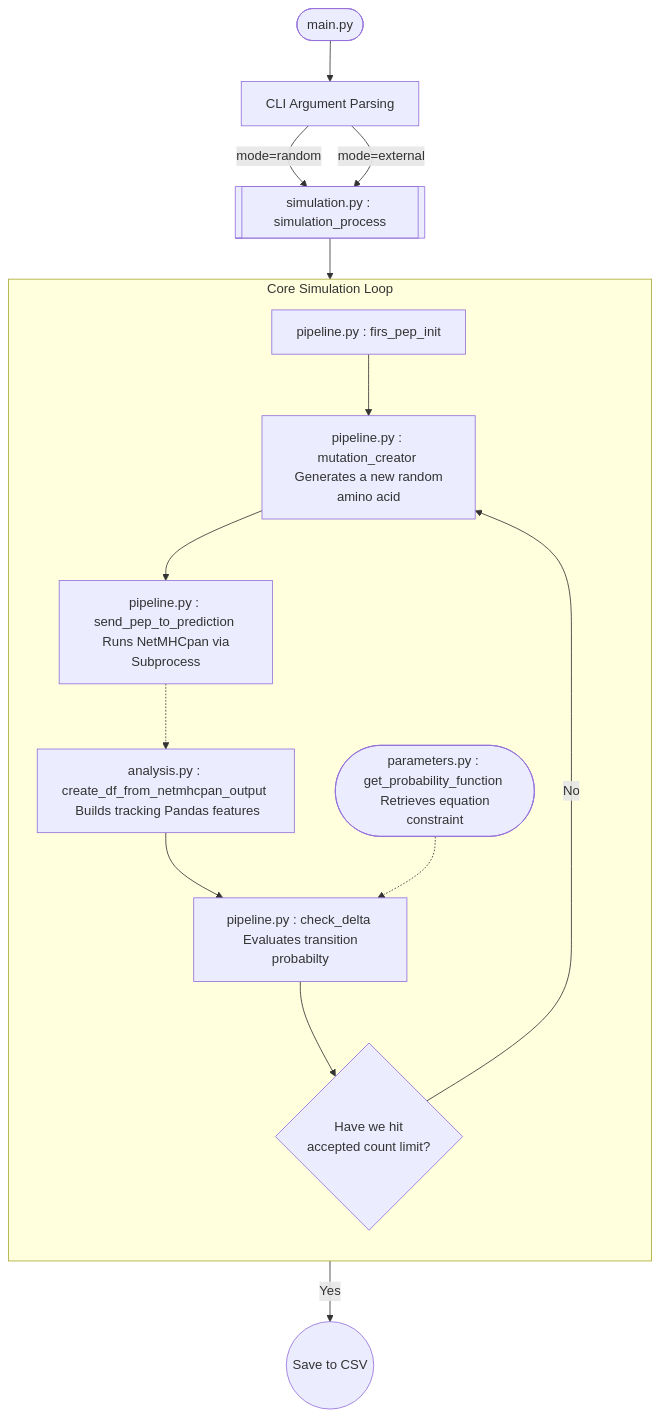
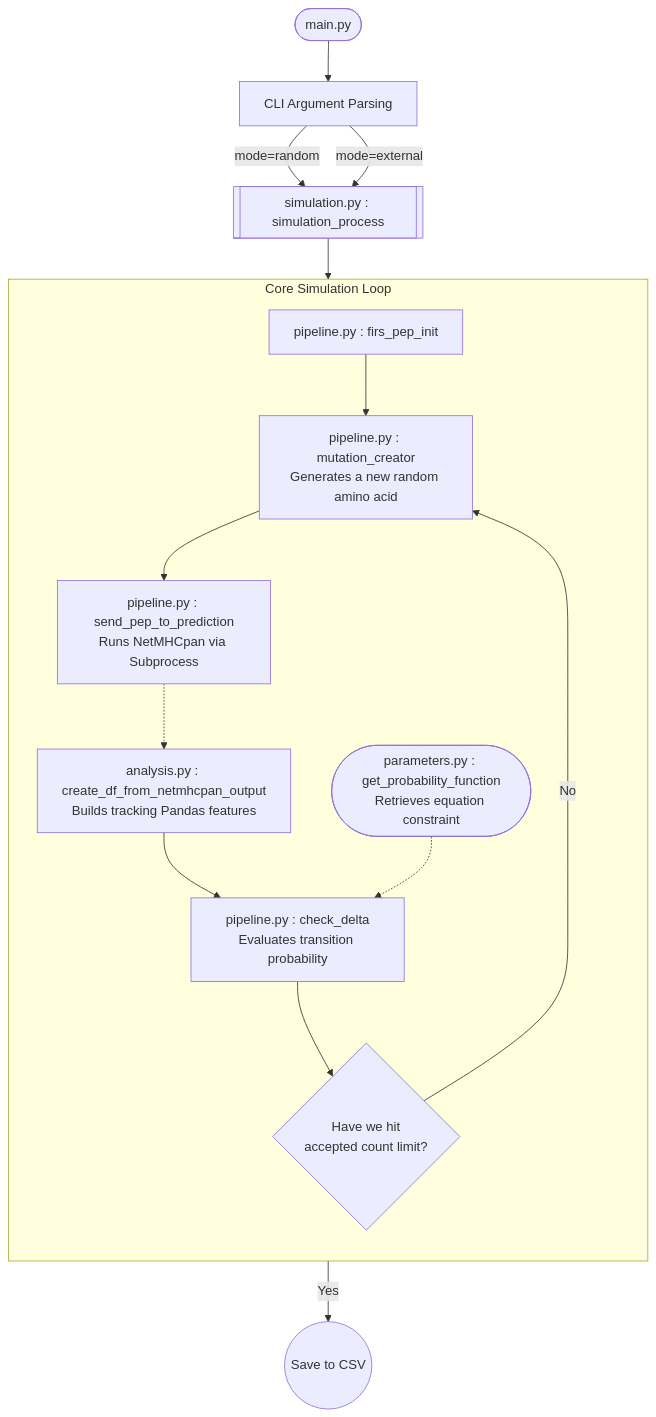
The diagram in mcmc/README.md (elinor5938/super-HLA), drawn with Mermaid before and after one commit. The commit also changed 2 other files, not shown here.

Commit message:
fix flow chart

````diff
--- a/mcmc/README.md
+++ b/mcmc/README.md
@@ -37,35 +37,35 @@
 ```mermaid
 flowchart TD
     %% Main Entry
     Main([main.py]) --> ParseArgs[CLI Argument Parsing]
     
     %% Initialization
     ParseArgs -->|mode=random| SimProc[[simulation.py : simulation_process]]
     ParseArgs -->|mode=external| SimProc
     
     subgraph Core Simulation Loop
         direction TB
         Init[pipeline.py : firs_pep_init] --> Mutate
         
-        Mutate[pipeline.py : mutation_creator <br> Generates a new random amino acid]
+        Mutate["pipeline.py : mutation_creator<br/>Generates a new random amino acid"]
         Mutate --> Predict
         
-        Predict[pipeline.py : send_pep_to_prediction <br> Runs NetMHCpan via Subprocess]
+        Predict["pipeline.py : send_pep_to_prediction<br/>Runs NetMHCpan via Subprocess"]
         Predict -.-> Analysis
         
-        Analysis[analysis.py : create_df_from_netmhcpan_output <br> Builds tracking Pandas features]
+        Analysis["analysis.py : create_df_from_netmhcpan_output<br/>Builds tracking Pandas features"]
         Analysis --> CheckDelta
         
-        Params([parameters.py : get_probability_function <br> Retrieves equation constraint]) -.-> CheckDelta
+        Params(["parameters.py : get_probability_function<br/>Retrieves equation constraint"]) -.-> CheckDelta
         
-        CheckDelta[pipeline.py : check_delta <br> Evaluates transition probabilty]
-        CheckDelta --> Cond{Have we hit <br> accepted count limit?}
+        CheckDelta["pipeline.py : check_delta<br/>Evaluates transition probability"]
+        CheckDelta --> Cond{"Have we hit<br/>accepted count limit?"}
         
         Cond -->|No| Mutate
     end
     
     SimProc --> Init
     
     %% Output
     Cond -->|Yes| Save((Save to CSV))
 ```
````
